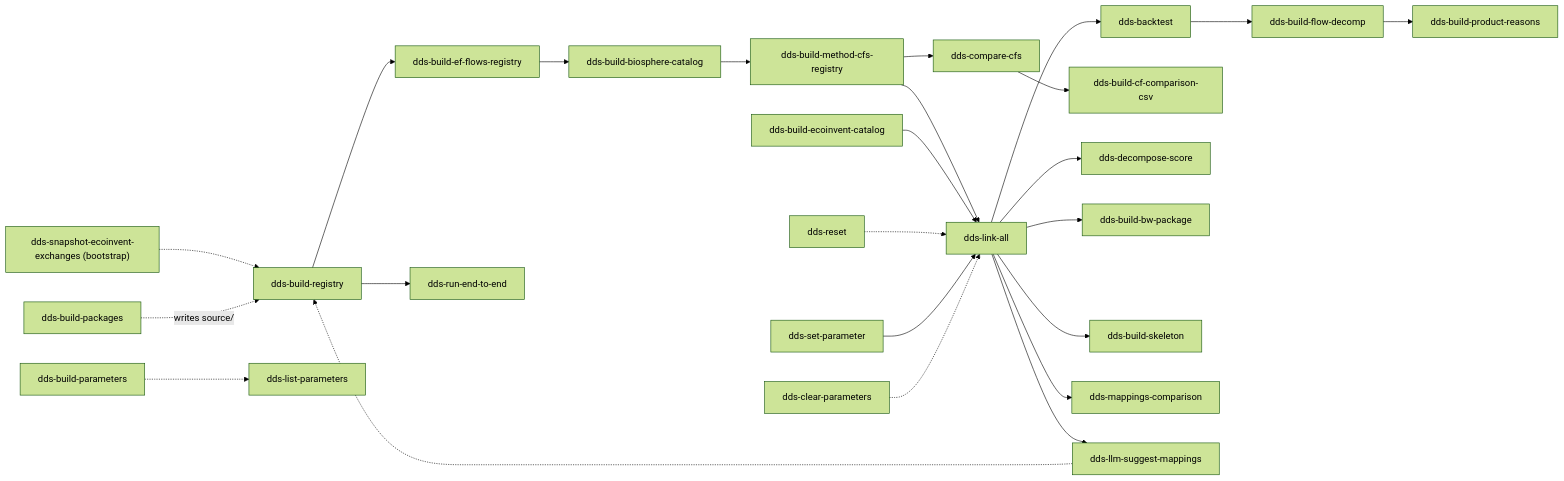
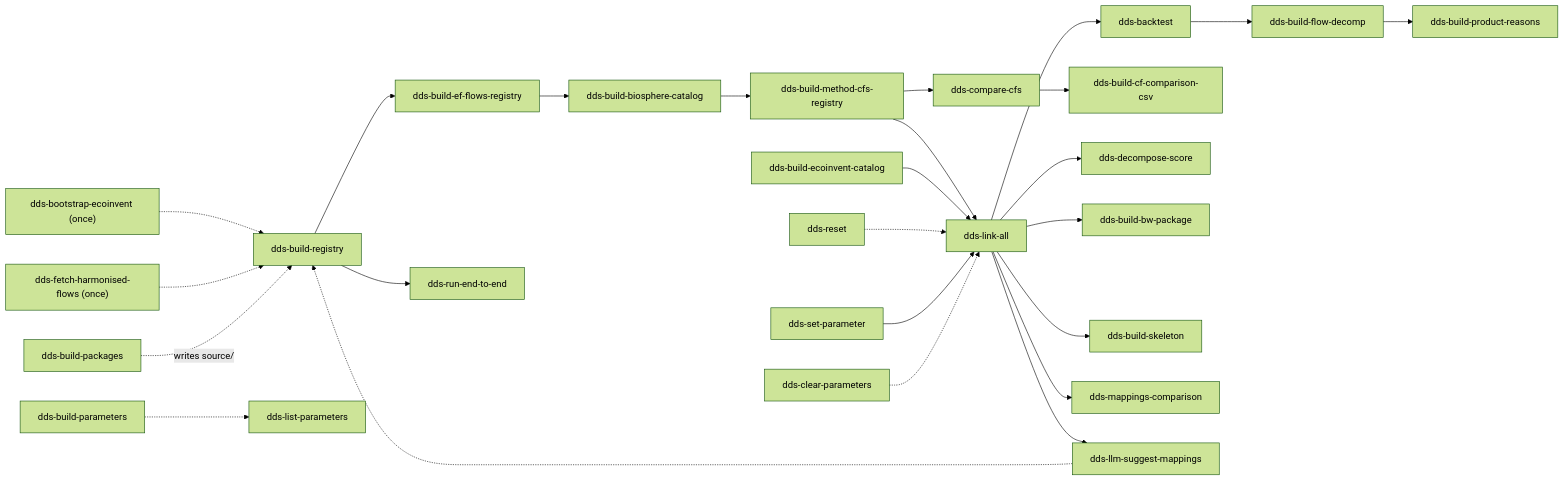
One commit to sentier-dev/sentier-agribalyse changed the second of 2 diagrams in README.md. Above: the diagram before and after it, drawn with Mermaid (forest theme). The commit also changed other lines of this file and 18 other files, not shown here.

First line of the commit message:
feat: one-command ecoinvent bootstrap, clean tree after a run

````diff
--- a/README.md
+++ b/README.md
@@ -36,19 +36,20 @@
 ```mermaid
 flowchart LR
-    SNAP["dds-snapshot-ecoinvent-exchanges (bootstrap)"] -.-> REG[dds-build-registry]
+    SNAP["dds-bootstrap-ecoinvent (once)"] -.-> REG[dds-build-registry]
+    FETCH["dds-fetch-harmonised-flows (once)"] -.-> REG
     PK[dds-build-packages] -. "writes source/" .-> REG
     REG --> EFF[dds-build-ef-flows-registry] --> BIO[dds-build-biosphere-catalog] --> MCF[dds-build-method-cfs-registry] --> LINK[dds-link-all]
     EIC[dds-build-ecoinvent-catalog] --> LINK
     REG --> E2E[dds-run-end-to-end]
     RESET[dds-reset] -.-> LINK
     LINK --> BT[dds-backtest] --> FD[dds-build-flow-decomp] --> PR[dds-build-product-reasons]
     MCF --> CFS[dds-compare-cfs] --> CFC[dds-build-cf-comparison-csv]
     LINK --> DS[dds-decompose-score]
     LINK --> BWP[dds-build-bw-package]
     LINK --> SK[dds-build-skeleton]
     LINK --> MC[dds-mappings-comparison]
     LINK --> LLM[dds-llm-suggest-mappings] -.-> REG
     BP[dds-build-parameters] -.-> LP[dds-list-parameters]
     SP[dds-set-parameter] --> LINK
     CP[dds-clear-parameters] -.-> LINK
 ```
````
